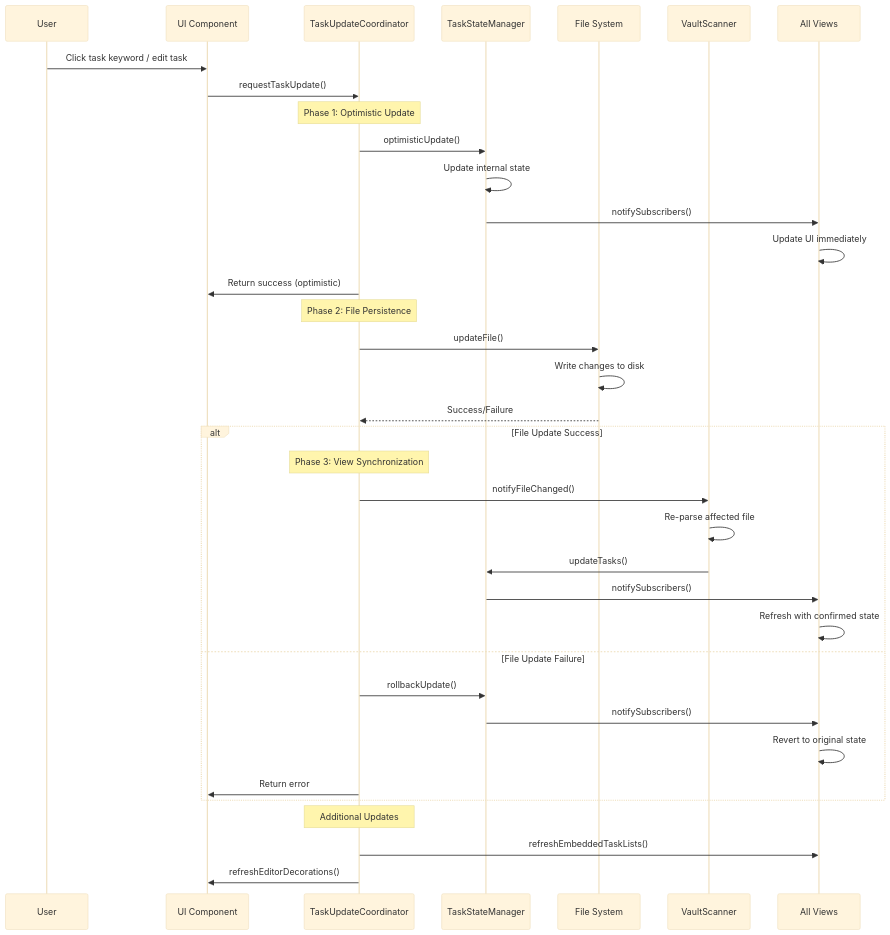
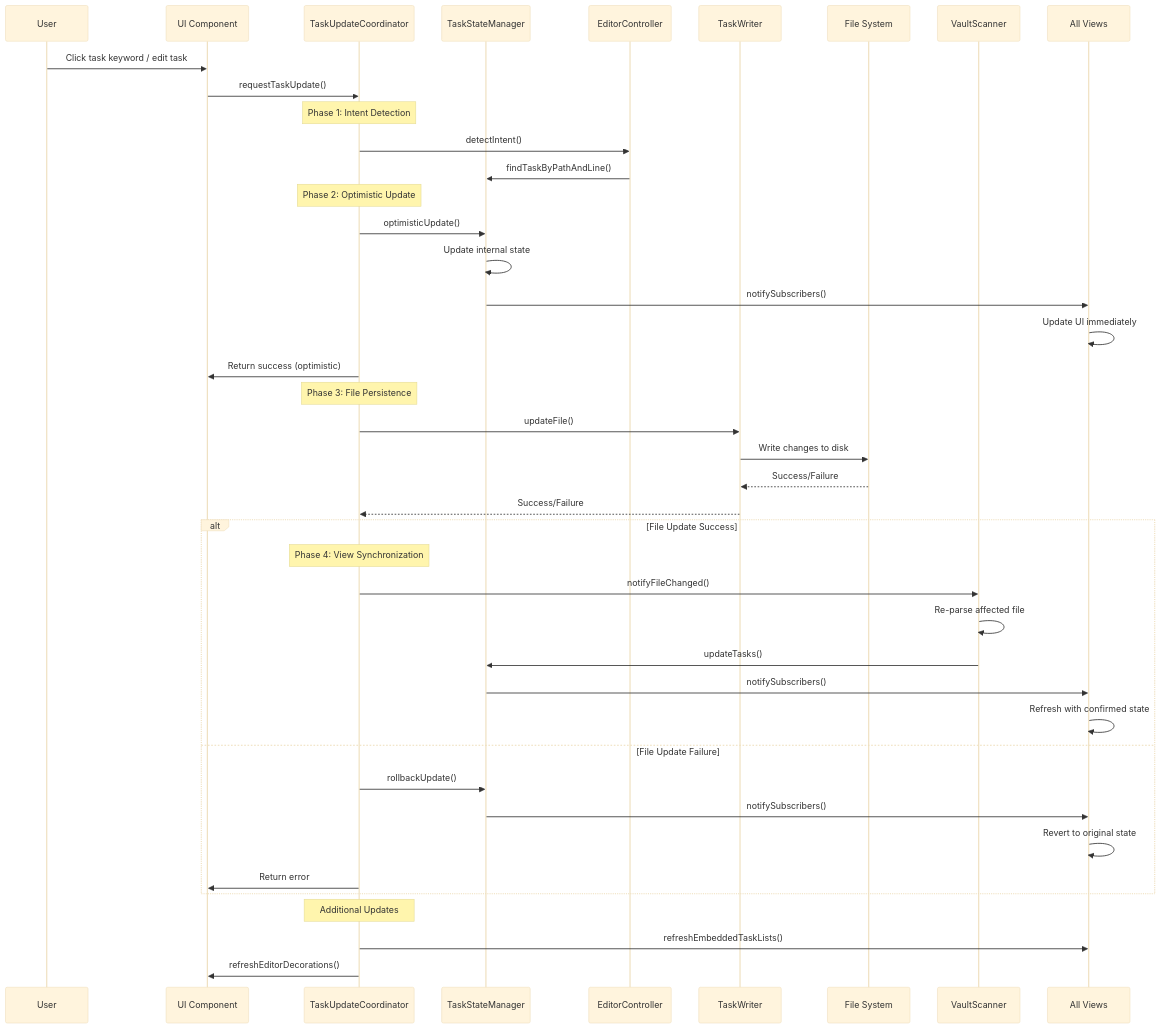
One commit to scross01/obsidian-todoseq changed the third of 4 diagrams in ARCHITECTURE.md. Above: the diagram before and after it, drawn with Mermaid (base theme). The commit also changed other lines of this file and 1 other file, not shown here.

Commit message:
update architecture doc

````diff
--- a/ARCHITECTURE.md
+++ b/ARCHITECTURE.md
@@ -296,43 +411,49 @@
 ```mermaid
 sequenceDiagram
     participant User
     participant UI as UI Component
     participant Coordinator as TaskUpdateCoordinator
     participant StateMgr as TaskStateManager
+    participant EditorCtrl as EditorController
+    participant TaskWriter as TaskWriter
     participant FileSys as File System
     participant VaultScan as VaultScanner
     participant Views as All Views
 
     User->>UI: Click task keyword / edit task
     UI->>Coordinator: requestTaskUpdate()
 
-    Note over Coordinator: Phase 1: Optimistic Update
+    Note over Coordinator: Phase 1: Intent Detection
+    Coordinator->>EditorCtrl: detectIntent()
+    EditorCtrl->>StateMgr: findTaskByPathAndLine()
+    Note over Coordinator: Phase 2: Optimistic Update
     Coordinator->>StateMgr: optimisticUpdate()
     StateMgr->>StateMgr: Update internal state
     StateMgr->>Views: notifySubscribers()
     Views->>Views: Update UI immediately
     Coordinator->>UI: Return success (optimistic)
 
-    Note over Coordinator: Phase 2: File Persistence
-    Coordinator->>FileSys: updateFile()
-    FileSys->>FileSys: Write changes to disk
-    FileSys-->>Coordinator: Success/Failure
+    Note over Coordinator: Phase 3: File Persistence
+    Coordinator->>TaskWriter: updateFile()
+    TaskWriter->>FileSys: Write changes to disk
+    FileSys-->>TaskWriter: Success/Failure
+    TaskWriter-->>Coordinator: Success/Failure
 
     alt File Update Success
-        Note over Coordinator: Phase 3: View Synchronization
+        Note over Coordinator: Phase 4: View Synchronization
         Coordinator->>VaultScan: notifyFileChanged()
         VaultScan->>VaultScan: Re-parse affected file
         VaultScan->>StateMgr: updateTasks()
         StateMgr->>Views: notifySubscribers()
         Views->>Views: Refresh with confirmed state
     else File Update Failure
         Coordinator->>StateMgr: rollbackUpdate()
         StateMgr->>Views: notifySubscribers()
         Views->>Views: Revert to original state
         Coordinator->>UI: Return error
     end
 
     Note over Coordinator: Additional Updates
     Coordinator->>Views: refreshEmbeddedTaskLists()
     Coordinator->>UI: refreshEditorDecorations()
 ```
````
